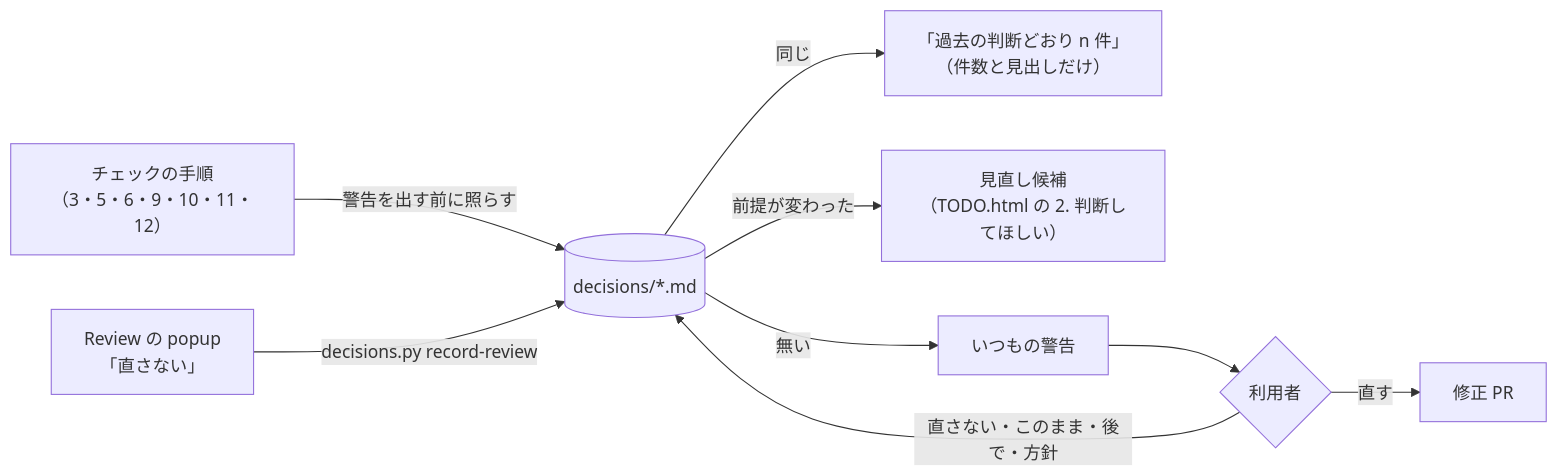
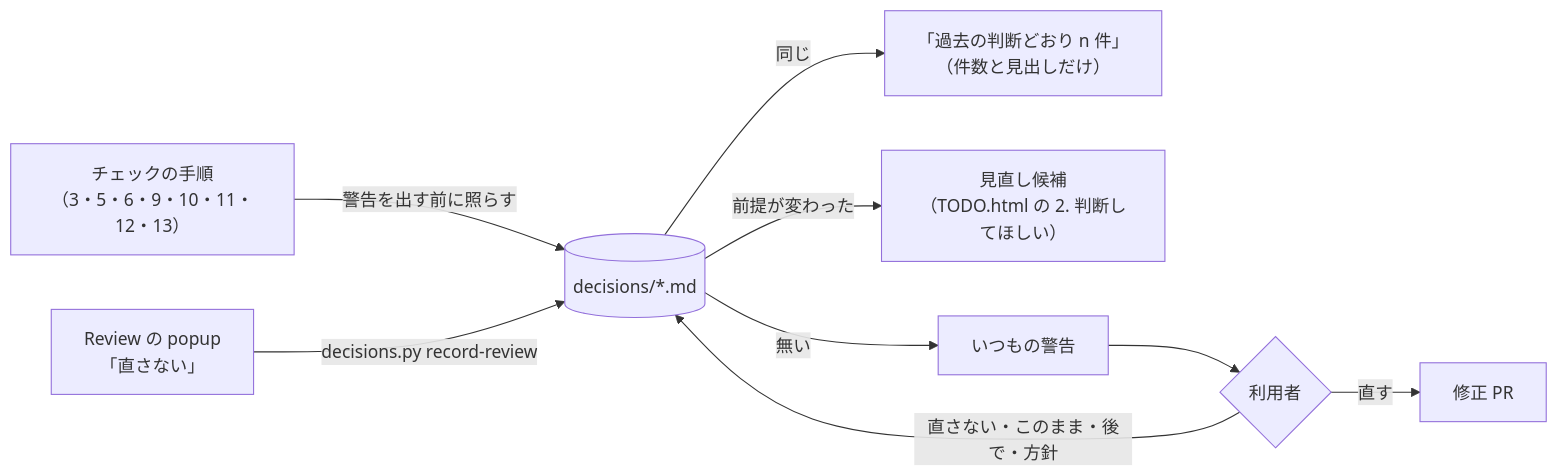
The diagram in .claude/skills/prerelease/decisions/README.md (TBSten/katachi), drawn with Mermaid before and after one commit. The commit also changed other lines of this file and 17 other files, not shown here.

````diff
--- a/.claude/skills/prerelease/decisions/README.md
+++ b/.claude/skills/prerelease/decisions/README.md
@@ -6,11 +6,11 @@
 ```mermaid
 flowchart LR
-  C["チェックの手順<br/>（3・5・6・9・10・11・12）"] -- 警告を出す前に照らす --> D[("decisions/*.md")]
+  C["チェックの手順<br/>（3・5・6・9・10・11・12・13）"] -- 警告を出す前に照らす --> D[("decisions/*.md")]
   D -- 同じ --> S["「過去の判断どおり n 件」<br/>（件数と見出しだけ）"]
   D -- 前提が変わった --> R["見直し候補<br/>（TODO.html の 2. 判断してほしい）"]
   D -- 無い --> W["いつもの警告"]
   W --> U{"利用者"}
   U -- 直す --> F["修正 PR"]
   U -- 直さない・このまま・後で・方針 --> D
   P["Review の popup<br/>「直さない」"] -- "decisions.py record-review" --> D
 ```
````
